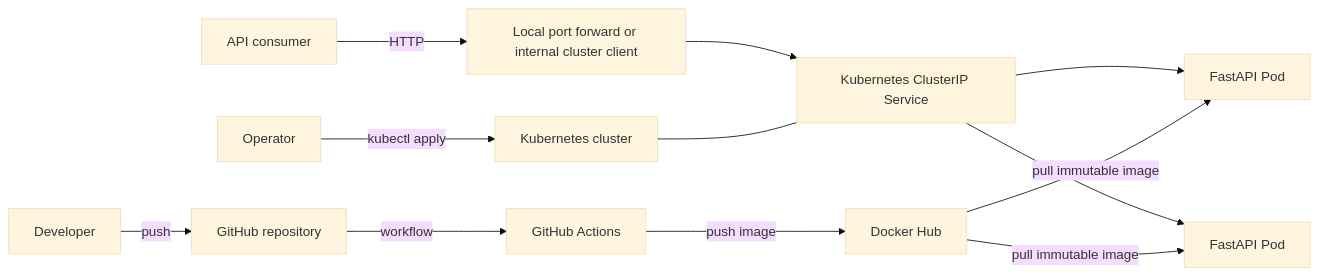
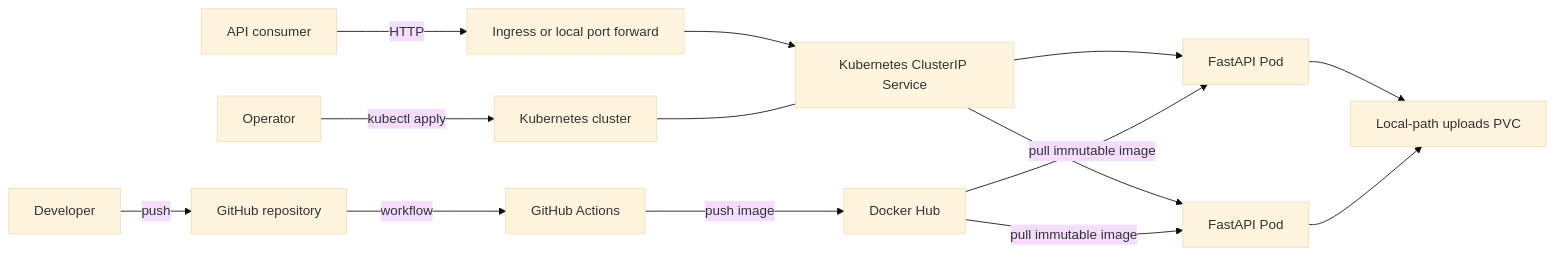
Before and after one commit to rezwanul7/PythonCICD: the first of 2 diagrams in docs/architecture.md, drawn with Mermaid (base theme). The commit also changed other lines of this file and 11 other files, not shown here.

Commit message:
add uploads directory for user-uploaded files and update related configurations

````diff
--- a/docs/architecture.md
+++ b/docs/architecture.md
@@ -20,15 +22,17 @@
 ```mermaid
 flowchart LR
-    User[API consumer] -->|HTTP| Entry[Local port forward or internal cluster client]
+    User[API consumer] -->|HTTP| Entry[Ingress or local port forward]
     Entry --> Service[Kubernetes ClusterIP Service]
     Service --> PodA[FastAPI Pod]
     Service --> PodB[FastAPI Pod]
+    PodA --> Uploads[Local-path uploads PVC]
+    PodB --> Uploads
 
     Developer[Developer] -->|push| GitHub[GitHub repository]
     GitHub -->|workflow| Actions[GitHub Actions]
     Actions -->|push image| DockerHub[Docker Hub]
     Operator[Operator] -->|kubectl apply| Cluster[Kubernetes cluster]
     DockerHub -->|pull immutable image| PodA
     DockerHub -->|pull immutable image| PodB
     Cluster --- Service
 ```
````
